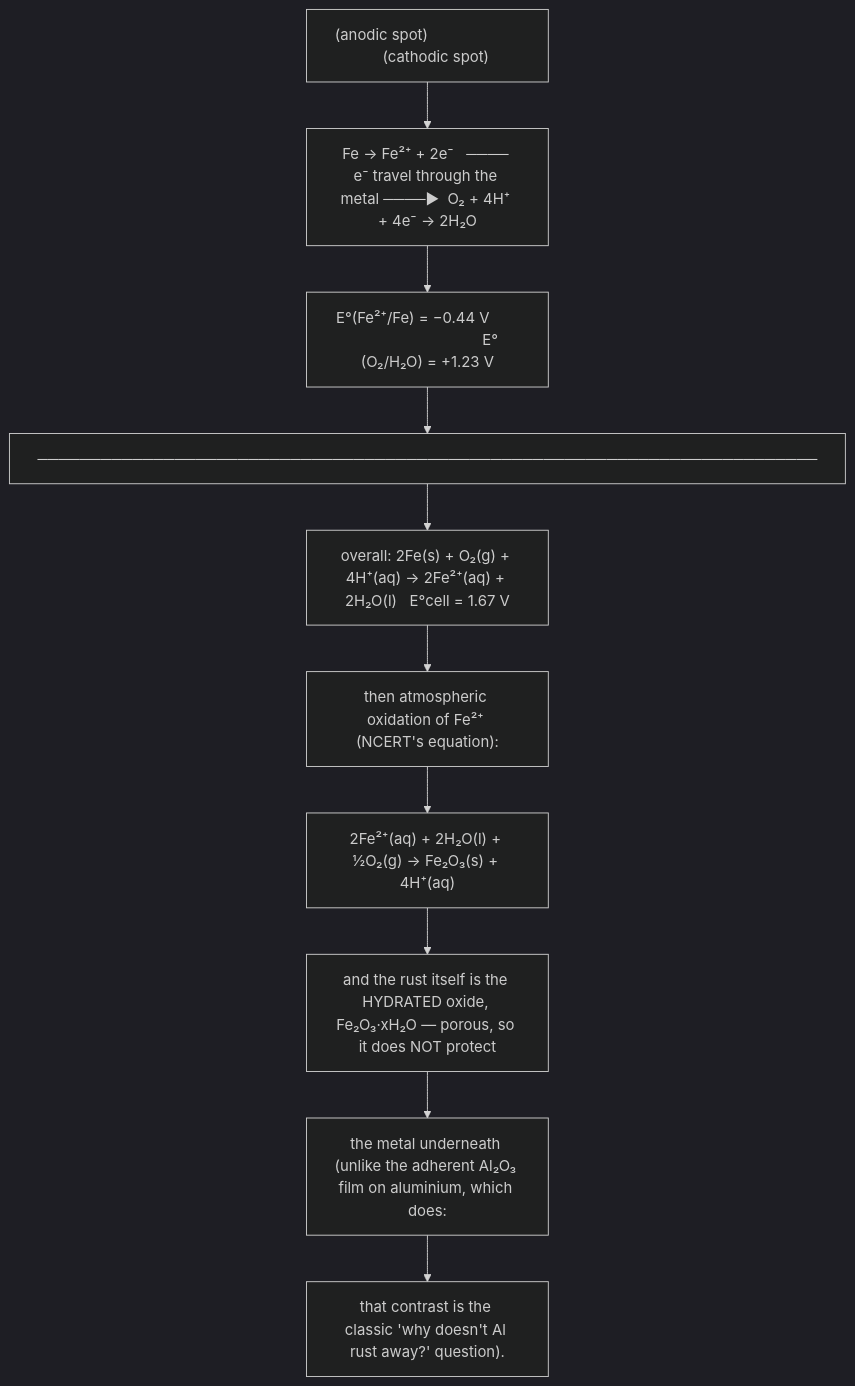
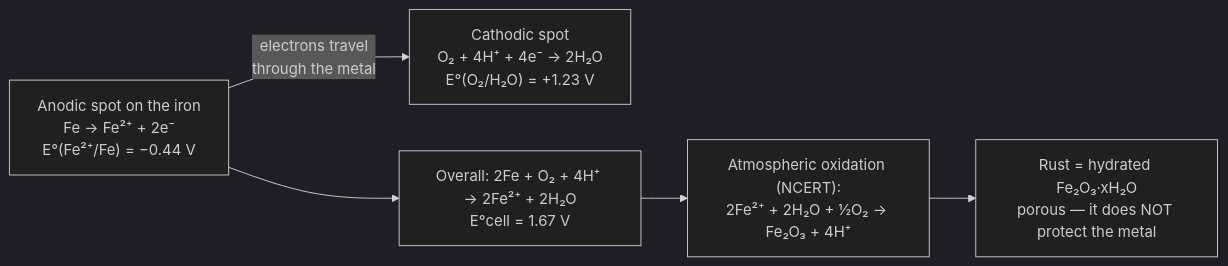
One commit to SurajGupta2009/Chem_JEEAd_notes changed the fourth of 4 diagrams in Physical-Chemistry/08-Electrochemistry/notes.md. Above: the diagram before and after it, drawn with Mermaid (dark theme). The commit also changed other lines of this file and 60 other files, not shown here.

````diff
--- a/Physical-Chemistry/08-Electrochemistry/notes.md
+++ b/Physical-Chemistry/08-Electrochemistry/notes.md
@@ -967,22 +955,7 @@
 ```mermaid
-flowchart TD
-    N0["(anodic spot)                          (cathodic spot)"]
-    N1["Fe → Fe²⁺ + 2e⁻   ──── e⁻ travel through the metal ────►  O₂ + 4H⁺ + 4e⁻ → 2H₂O"]
-    N2["E°(Fe²⁺/Fe) = −0.44 V                                     E°(O₂/H₂O) = +1.23 V"]
-    N3["──────────────────────────────────────────────────────────────────────────"]
-    N4["overall: 2Fe(s) + O₂(g) + 4H⁺(aq) → 2Fe²⁺(aq) + 2H₂O(l)   E°cell = 1.67 V"]
-    N5["then atmospheric oxidation of Fe²⁺ (NCERT's equation):"]
-    N6["2Fe²⁺(aq) + 2H₂O(l) + ½O₂(g) → Fe₂O₃(s) + 4H⁺(aq)"]
-    N7["and the rust itself is the HYDRATED oxide, Fe₂O₃·xH₂O — porous, so it does NOT protect"]
-    N8["the metal underneath (unlike the adherent Al₂O₃ film on aluminium, which does:"]
-    N9["that contrast is the classic 'why doesn't Al rust away?' question)."]
-    N0 --> N1
-    N1 --> N2
-    N2 --> N3
-    N3 --> N4
-    N4 --> N5
-    N5 --> N6
-    N6 --> N7
-    N7 --> N8
-    N8 --> N9
+flowchart LR
+    A["Anodic spot on the iron<br>Fe → Fe²⁺ + 2e⁻<br>E°(Fe²⁺/Fe) = −0.44 V"] -->|"electrons travel<br>through the metal"| B["Cathodic spot<br>O₂ + 4H⁺ + 4e⁻ → 2H₂O<br>E°(O₂/H₂O) = +1.23 V"]
+    A --> C["Overall: 2Fe + O₂ + 4H⁺ → 2Fe²⁺ + 2H₂O<br>E°cell = 1.67 V"]
+    C --> D["Atmospheric oxidation (NCERT):<br>2Fe²⁺ + 2H₂O + ½O₂ → Fe₂O₃ + 4H⁺"]
+    D --> E["Rust = hydrated Fe₂O₃·xH₂O<br>porous — it does NOT protect the metal"]
 ```
````
